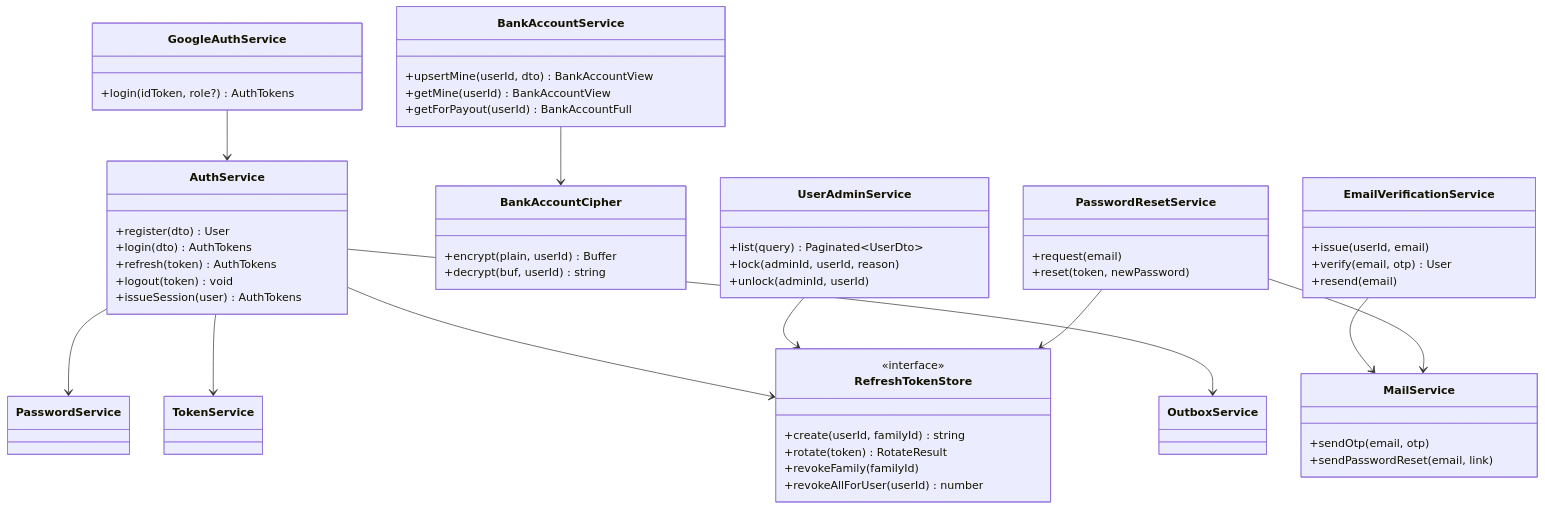
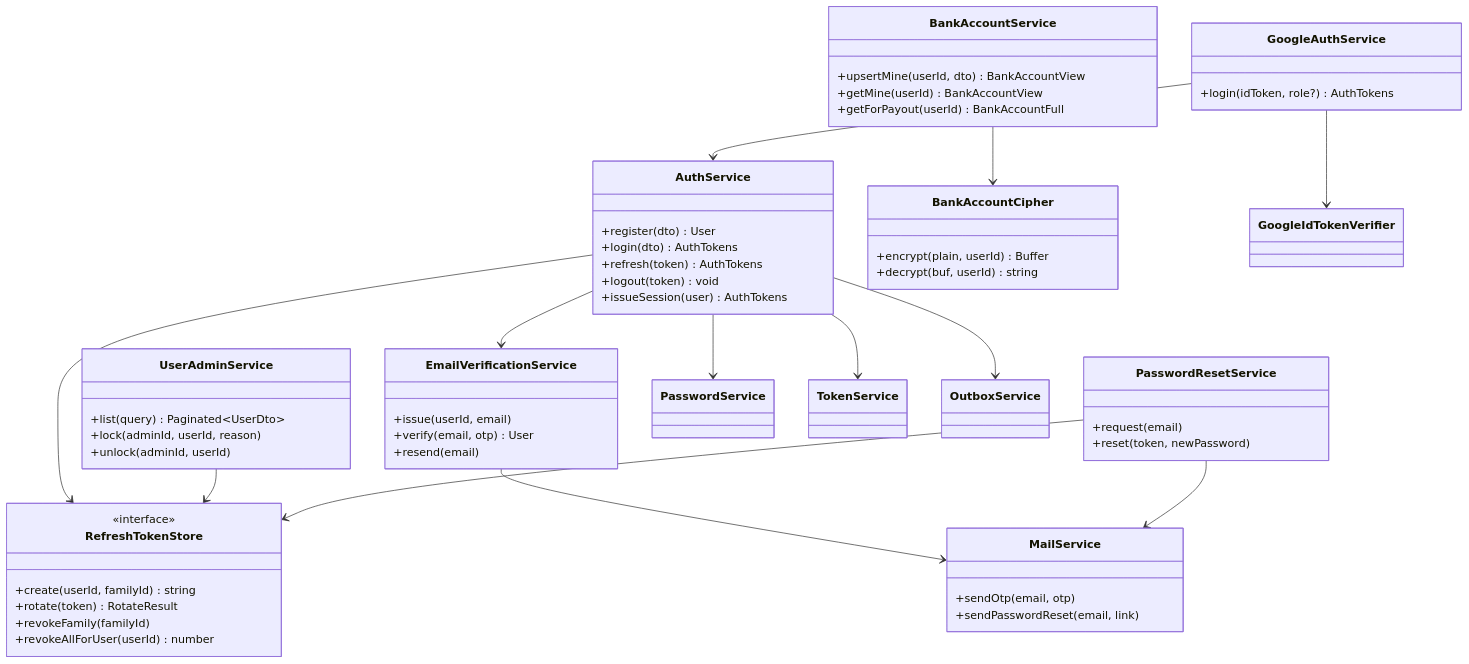
One commit to ITHoangLV/Realestate_Microservice changed the diagram in project-knowledge/design/IDENTITY/RE.IDENTITY/Component_Class_Design.md. Above: the diagram before and after it, drawn with Mermaid. The commit also changed other lines of this file and 4 other files, not shown here.

````diff
--- a/project-knowledge/design/IDENTITY/RE.IDENTITY/Component_Class_Design.md
+++ b/project-knowledge/design/IDENTITY/RE.IDENTITY/Component_Class_Design.md
@@ -43,57 +45,59 @@
 ```mermaid
 classDiagram
     class AuthService {
       +register(dto) User
       +login(dto) AuthTokens
       +refresh(token) AuthTokens
       +logout(token) void
       +issueSession(user) AuthTokens
     }
     class RefreshTokenStore {
       <<interface>>
       +create(userId, familyId) string
       +rotate(token) RotateResult
       +revokeFamily(familyId)
       +revokeAllForUser(userId) number
     }
     class BankAccountService {
       +upsertMine(userId, dto) BankAccountView
       +getMine(userId) BankAccountView
       +getForPayout(userId) BankAccountFull
     }
     class BankAccountCipher {
       +encrypt(plain, userId) Buffer
       +decrypt(buf, userId) string
     }
     class UserAdminService {
       +list(query) Paginated~UserDto~
       +lock(adminId, userId, reason)
       +unlock(adminId, userId)
     }
     class EmailVerificationService {
       +issue(userId, email)
       +verify(email, otp) User
       +resend(email)
     }
     class PasswordResetService {
       +request(email)
       +reset(token, newPassword)
     }
     class GoogleAuthService {
       +login(idToken, role?) AuthTokens
     }
     class MailService {
       +sendOtp(email, otp)
       +sendPasswordReset(email, link)
     }
     AuthService --> PasswordService
     AuthService --> TokenService
     AuthService --> RefreshTokenStore
     AuthService --> OutboxService
+    AuthService --> EmailVerificationService
+    GoogleAuthService --> GoogleIdTokenVerifier
     BankAccountService --> BankAccountCipher
     UserAdminService --> RefreshTokenStore
     EmailVerificationService --> MailService
     PasswordResetService --> MailService
     PasswordResetService --> RefreshTokenStore
     GoogleAuthService --> AuthService
 ```
````
